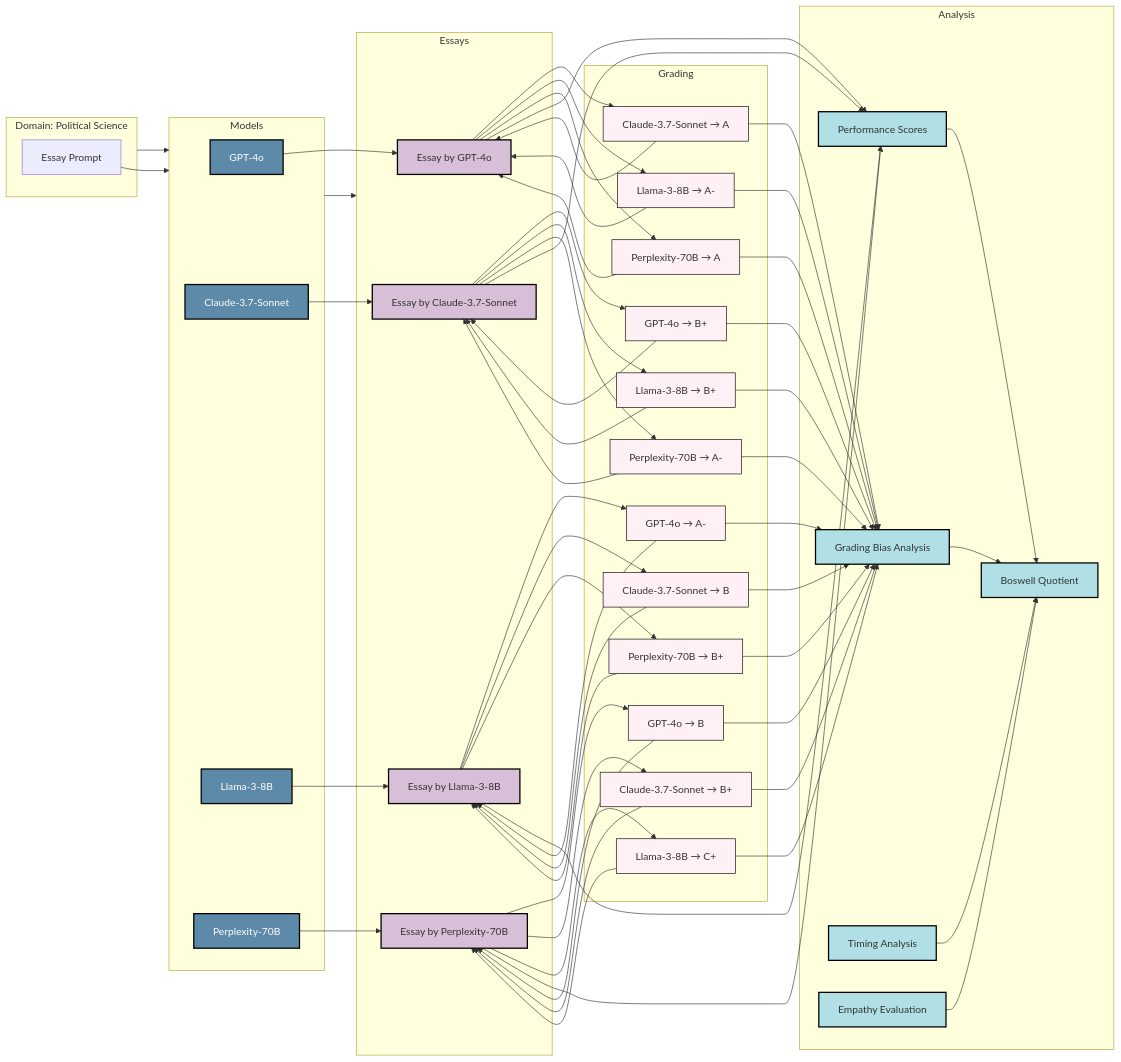
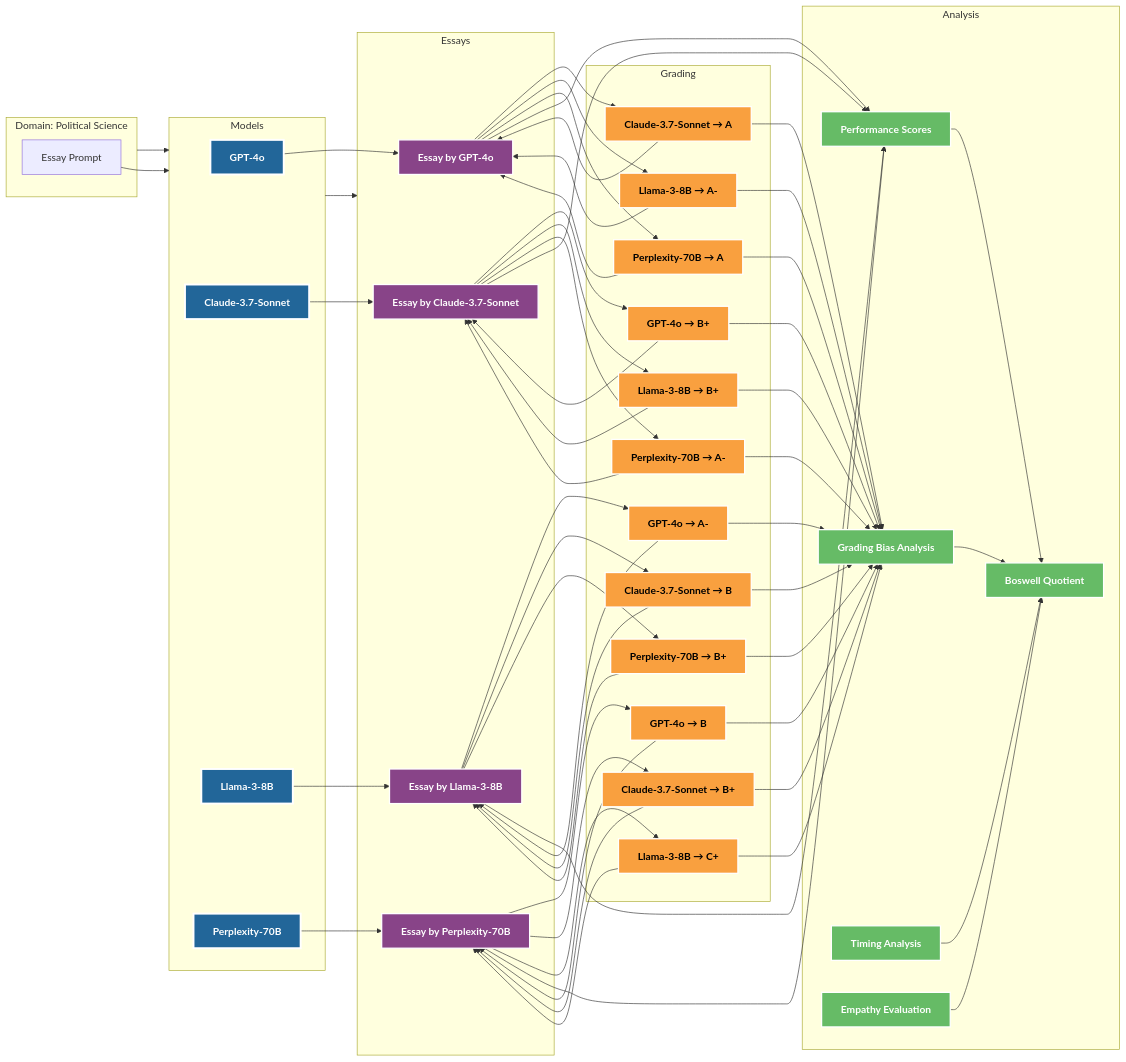
Before and after one commit to referential-ai/boswell-test: the second of 3 diagrams in docs/technical/model_interaction.md, drawn with Mermaid. The commit also changed other lines of this file, not shown here.

```diff
--- a/docs/technical/model_interaction.md
+++ b/docs/technical/model_interaction.md
@@ -184,10 +184,10 @@
     Time --> BQ
     Emp --> BQ
 
-    classDef modelNode fill:#5d8aa8,stroke:#000,stroke-width:2px,color:#fff
-    classDef essayNode fill:#d8bfd8,stroke:#000,stroke-width:2px
-    classDef gradeNode fill:#fff0f5,stroke:#000,stroke-width:1px
-    classDef analysisNode fill:#b0e0e6,stroke:#000,stroke-width:2px
+    classDef modelNode fill:#226699,stroke:#fff,stroke-width:3px,color:#fff,font-weight:bold
+    classDef essayNode fill:#884488,stroke:#fff,stroke-width:2px,color:#fff,font-weight:bold
+    classDef gradeNode fill:#F9A03F,stroke:#fff,stroke-width:2px,color:#000,font-weight:bold
+    classDef analysisNode fill:#66BB66,stroke:#fff,stroke-width:2px,color:#fff,font-weight:bold
     
     class M1,M2,M3,M4 modelNode
     class E1,E2,E3,E4 essayNode
```
